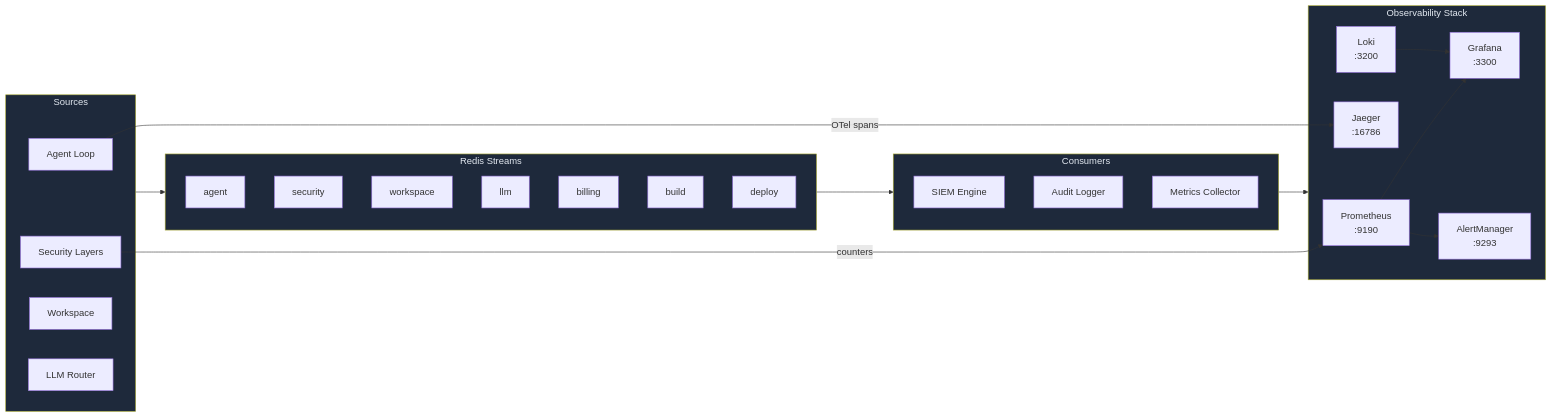
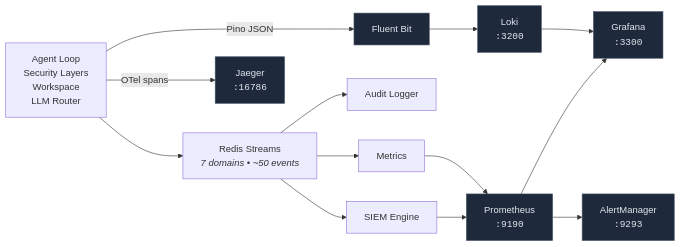
Before and after one commit to HackerM0nk/secure-codegen-factory: the fourth of 5 diagrams in README.md, drawn with Mermaid. The commit also changed other lines of this file and 9 other files, not shown here.

````diff
--- a/README.md
+++ b/README.md
@@ -333,47 +322,20 @@
 ```mermaid
 flowchart LR
-    subgraph Sources
-        AG[Agent Loop]
-        SEC[Security Layers]
-        WS[Workspace]
-        LLM[LLM Router]
-    end
+    SRC["Agent Loop<br/>Security Layers<br/>Workspace<br/>LLM Router"] --> BUS["Redis Streams<br/><i>7 domains • ~50 events</i>"]
 
-    subgraph EventBus["Redis Streams"]
-        S1[agent]
-        S2[security]
-        S3[workspace]
-        S4[llm]
-        S5[billing]
-        S6[build]
-        S7[deploy]
-    end
+    BUS --> SIEM["SIEM Engine"]
+    BUS --> AUDIT["Audit Logger"]
+    BUS --> MET["Metrics"]
 
-    subgraph Consumers
-        SIEM[SIEM Engine]
-        AUDIT[Audit Logger]
-        MET[Metrics Collector]
-    end
+    SIEM --> PROM["Prometheus<br/><code>:9190</code>"]
+    MET --> PROM
+    PROM --> GRAF["Grafana<br/><code>:3300</code>"]
+    PROM --> AM["AlertManager<br/><code>:9293</code>"]
 
-    subgraph Stack["Observability Stack"]
-        PROM[Prometheus<br/>:9190]
-        GRAF[Grafana<br/>:3300]
-        JAEG[Jaeger<br/>:16786]
-        LOKI[Loki<br/>:3200]
-        AM[AlertManager<br/>:9293]
-    end
+    SRC -->|"OTel spans"| JAEG["Jaeger<br/><code>:16786</code>"]
+    SRC -->|"Pino JSON"| FB["Fluent Bit"] --> LOKI["Loki<br/><code>:3200</code>"]
+    LOKI --> GRAF
 
-    Sources --> EventBus
-    EventBus --> Consumers
-    Consumers --> Stack
-    AG -->|OTel spans| JAEG
-    SEC -->|counters| PROM
-    PROM --> GRAF
-    LOKI --> GRAF
-    PROM --> AM
-
-    style Sources fill:#1e293b,color:#e2e8f0
-    style EventBus fill:#1e293b,color:#e2e8f0
-    style Consumers fill:#1e293b,color:#e2e8f0
-    style Stack fill:#1e293b,color:#e2e8f0
+    classDef tool fill:#1e293b,stroke:#475569,color:#e2e8f0
+    class PROM,GRAF,JAEG,LOKI,AM,FB tool
 ```
````
